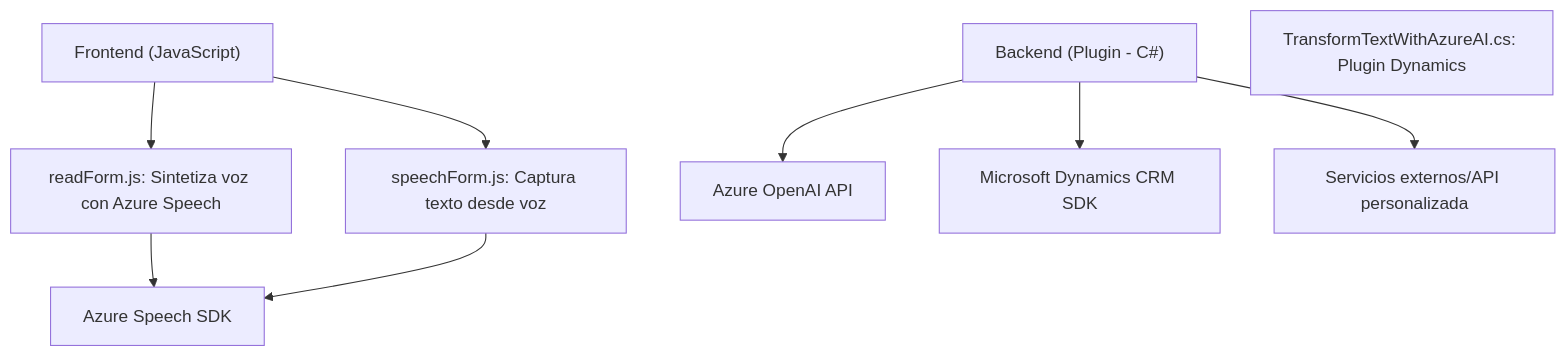
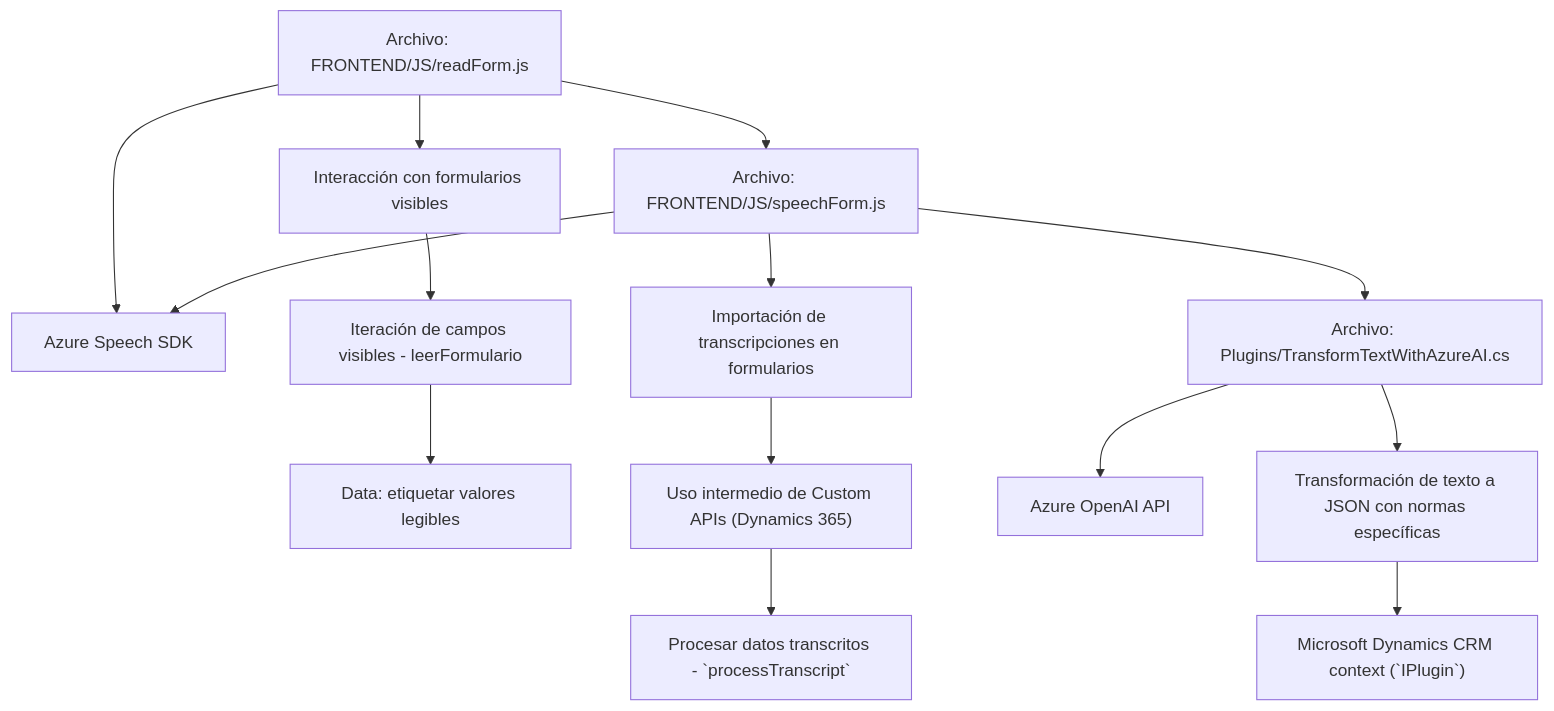
The diagram in README.md (blopezdm/NETCORE_BILBAO2025), drawn with Mermaid before and after one commit. The commit also changed other lines of this file, not shown here.

Commit message:
Actualizar análisis global de la solución con IA

````diff
--- a/README.md
+++ b/README.md
@@ -42,20 +42,19 @@
 ```mermaid
 graph TD
-    A["Frontend (JavaScript)"]
-    A1["readForm.js: Sintetiza voz con Azure Speech"]
-    A2["speechForm.js: Captura texto desde voz"]
-    B["Backend (Plugin - C#)"]
-    B1["TransformTextWithAzureAI.cs: Plugin Dynamics"]
-    C["Azure Speech SDK"]
-    D["Azure OpenAI API"]
-    E["Microsoft Dynamics CRM SDK"]
-    F["Servicios externos/API personalizada"]
+  A["Archivo: FRONTEND/JS/readForm.js"] --> B["Azure Speech SDK"]
+  A --> C["Interacción con formularios visibles"]
+  C --> D["Iteración de campos visibles - leerFormulario"]
+  D --> E["Data: etiquetar valores legibles"]
 
-    A --> A1
-    A --> A2
-    A1 --> C
-    A2 --> C
-    B --> D
-    B --> E 
-    B --> F
+  F["Archivo: FRONTEND/JS/speechForm.js"] --> B
+  F --> G["Importación de transcripciones en formularios"]
+  G --> H["Uso intermedio de Custom APIs (Dynamics 365)"]
+  H --> I["Procesar datos transcritos - `processTranscript`"]
+
+  J["Archivo: Plugins/TransformTextWithAzureAI.cs"] --> K["Azure OpenAI API"]
+  J --> L["Transformación de texto a JSON con normas específicas"]
+  L --> M["Microsoft Dynamics CRM context (`IPlugin`)"]
+
+  A --> F
+  F --> J
 ```
````
